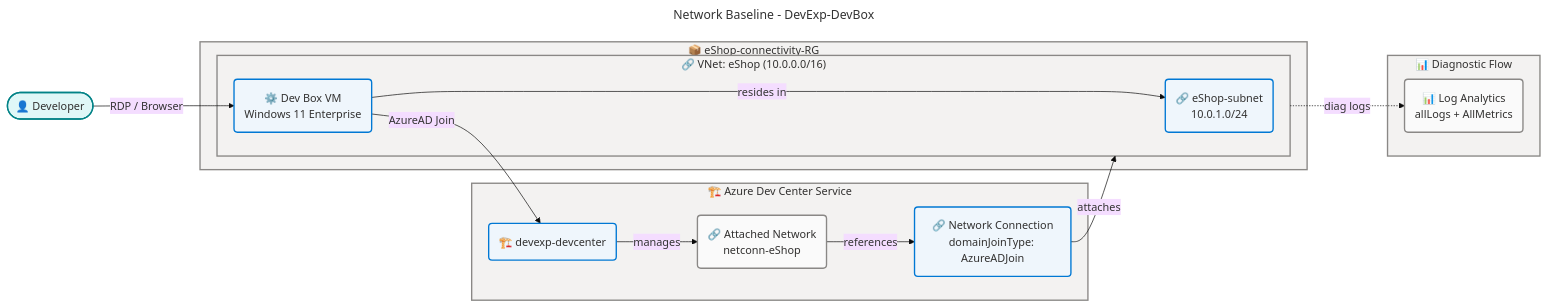
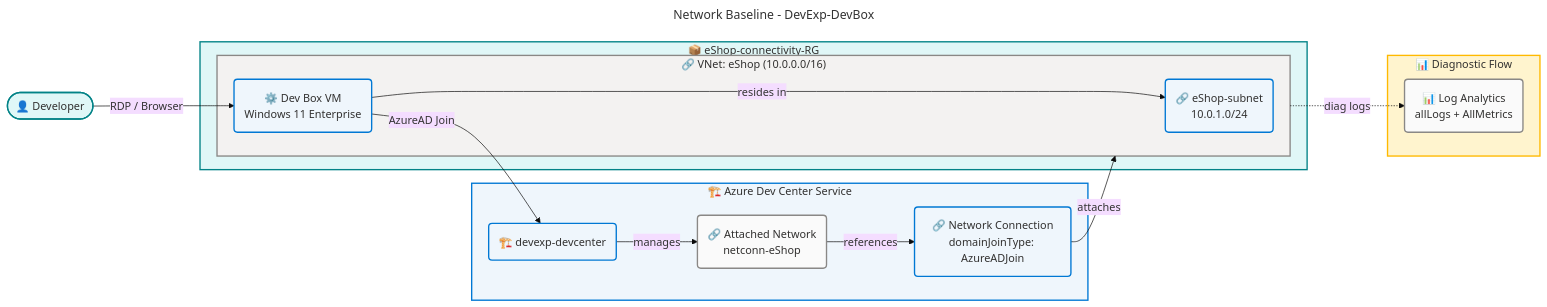
One commit to Evilazaro/DevExp-DevBox changed the third of 6 diagrams in docs/architecture/technology-architecture.md. Above: the diagram before and after it, drawn with Mermaid. The commit also changed other lines of this file, not shown here.

Commit message:
refactor: Update Mermaid diagram styles for improved visual clarity in technology architecture documentation

````diff
--- a/docs/architecture/technology-architecture.md
+++ b/docs/architecture/technology-architecture.md
@@ -518,64 +518,64 @@
 ```mermaid
 ---
 title: Network Baseline - DevExp-DevBox
 config:
   theme: base
   look: classic
   layout: dagre
   themeVariables:
     fontSize: '16px'
   flowchart:
     htmlLabels: true
 ---
 flowchart LR
     accTitle: Network Baseline - DevExp-DevBox
     accDescr: Shows the network topology including VNet address space, subnets, DevCenter network connection, and developer endpoint flows
 
     %% ═══════════════════════════════════════════════════════════════════════════
     %% AZURE / FLUENT ARCHITECTURE PATTERN v1.1
     %% (Semantic + Structural + Font + Accessibility Governance)
     %% ═══════════════════════════════════════════════════════════════════════════
     %% PHASE 1 - FLUENT UI: All styling uses approved Fluent UI palette only
     %% PHASE 2 - GROUPS: Every subgraph has semantic color via style directive
     %% PHASE 3 - COMPONENTS: Every node has semantic classDef + icon prefix
     %% PHASE 4 - ACCESSIBILITY: accTitle/accDescr present, WCAG AA contrast
     %% PHASE 5 - STANDARD: Governance block present, classDefs centralized
     %% ═══════════════════════════════════════════════════════════════════════════
 
     Developer(["👤 Developer"]):::external
 
     subgraph DevBoxService["🏗️ Azure Dev Center Service"]
         DevCenter("🏗️ devexp-devcenter"):::core
         NetConn("🔗 Network Connection<br/>domainJoinType: AzureADJoin"):::core
         AttachedNet("🔗 Attached Network<br/>netconn-eShop"):::neutral
     end
 
     subgraph ConnRG["📦 eShop-connectivity-RG"]
         subgraph eShopVNet["🔗 VNet: eShop (10.0.0.0/16)"]
             Subnet("🔗 eShop-subnet<br/>10.0.1.0/24"):::core
             DevBoxVM("⚙️ Dev Box VM<br/>Windows 11 Enterprise"):::core
         end
     end
 
     subgraph DiagFlow["📊 Diagnostic Flow"]
         LA("📊 Log Analytics<br/>allLogs + AllMetrics"):::neutral
     end
 
     Developer -->|"RDP / Browser"| DevBoxVM
     DevBoxVM -->|"resides in"| Subnet
     NetConn -->|"attaches"| eShopVNet
     AttachedNet -->|"references"| NetConn
     DevCenter -->|"manages"| AttachedNet
     DevBoxVM -->|"AzureAD Join"| DevCenter
     eShopVNet -.->|"diag logs"| LA
 
     %% Centralized classDefs
     classDef neutral fill:#FAFAFA,stroke:#8A8886,stroke-width:2px,color:#323130
     classDef core fill:#EFF6FC,stroke:#0078D4,stroke-width:2px,color:#323130
     classDef external fill:#E0F7F7,stroke:#038387,stroke-width:2px,color:#323130
 
-    style DevBoxService fill:#F3F2F1,stroke:#8A8886,stroke-width:2px,color:#323130
-    style ConnRG fill:#F3F2F1,stroke:#8A8886,stroke-width:2px,color:#323130
+    style DevBoxService fill:#EFF6FC,stroke:#0078D4,stroke-width:2px,color:#323130
+    style ConnRG fill:#E0F7F7,stroke:#038387,stroke-width:2px,color:#323130
     style eShopVNet fill:#F3F2F1,stroke:#8A8886,stroke-width:2px,color:#323130
-    style DiagFlow fill:#F3F2F1,stroke:#8A8886,stroke-width:2px,color:#323130
+    style DiagFlow fill:#FFF4CE,stroke:#FFB900,stroke-width:2px,color:#323130
 ```
````
